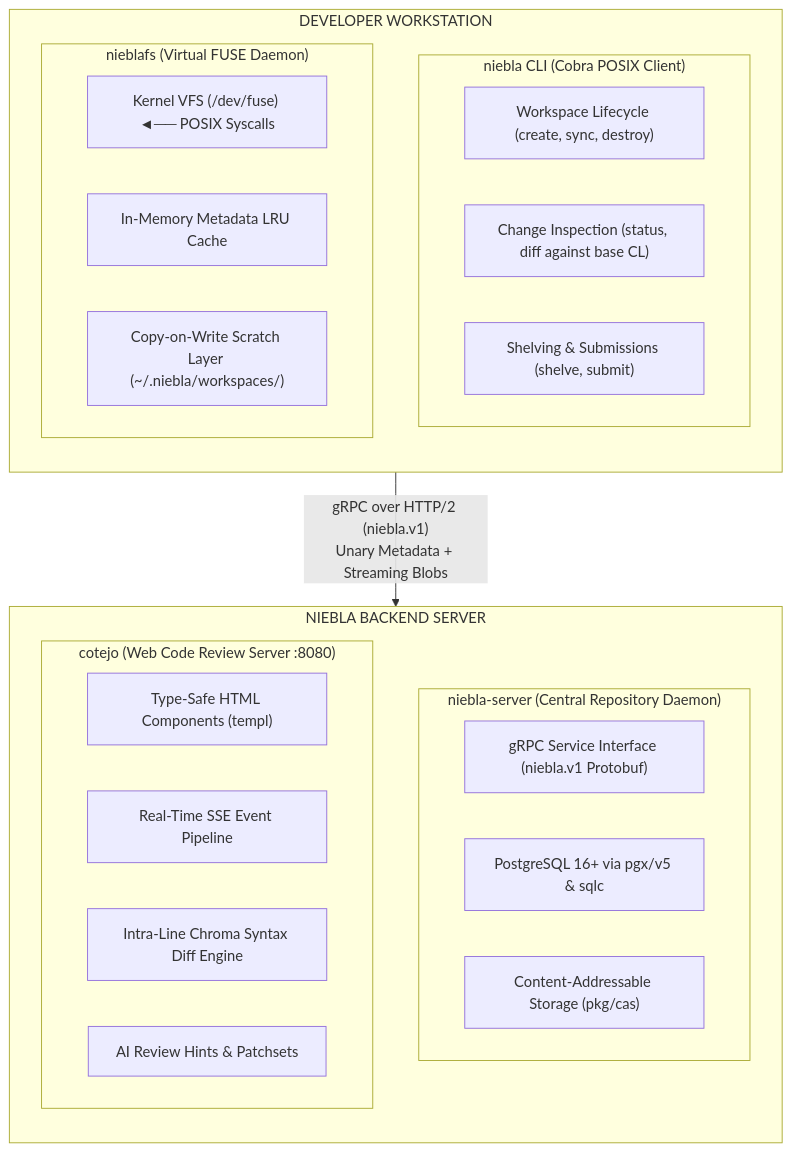
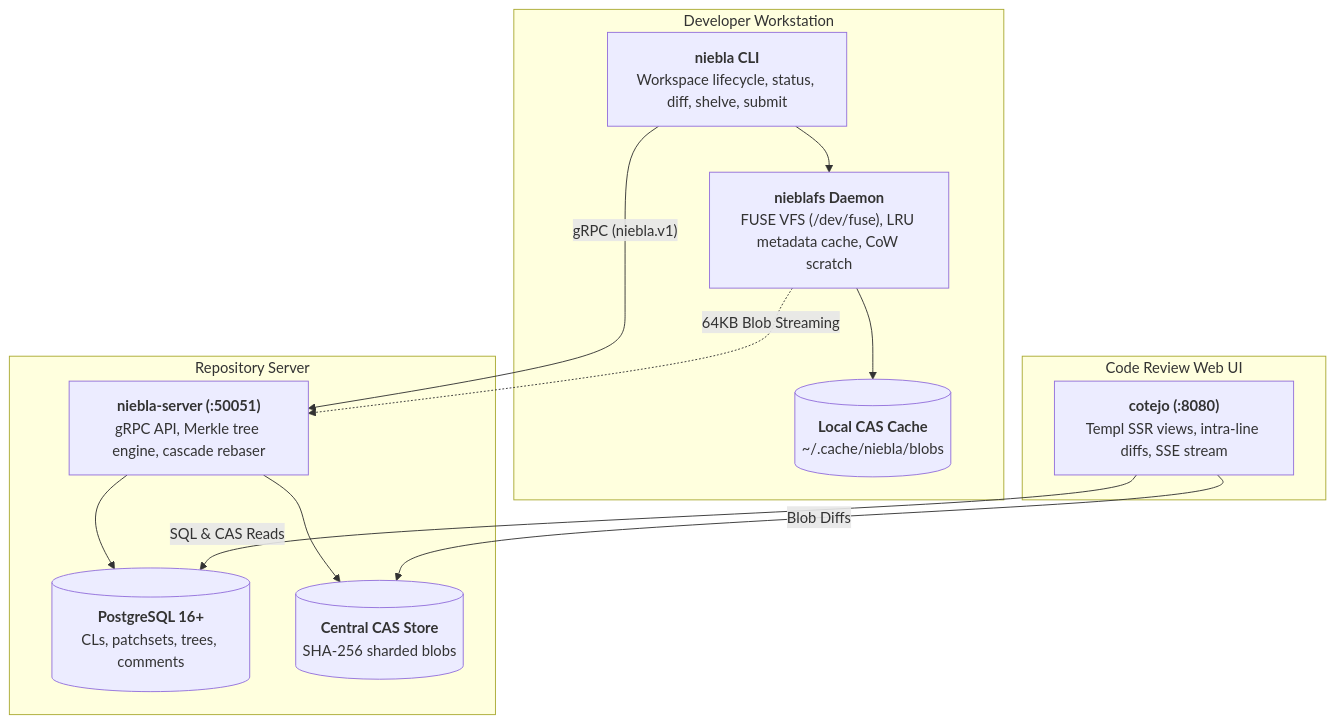
Before and after one commit to mrtnzjsh/niebla: the diagram in docs-site/src/content/docs/architecture/tech-stack.md, drawn with Mermaid. The commit also changed other lines of this file and 40 other files, not shown here.

````diff
--- a/docs-site/src/content/docs/architecture/tech-stack.md
+++ b/docs-site/src/content/docs/architecture/tech-stack.md
@@ -16,35 +14,29 @@
 ```mermaid
 flowchart TD
-    subgraph Client["DEVELOPER WORKSTATION"]
-        direction TB
-        subgraph CLI["niebla CLI (Cobra POSIX Client)"]
-            C1["Workspace Lifecycle (create, sync, destroy)"]
-            C2["Change Inspection (status, diff against base CL)"]
-            C3["Shelving & Submissions (shelve, submit)"]
-        end
+    subgraph Client["Developer Workstation"]
+        CLI["<b>niebla CLI</b><br/>Workspace lifecycle, status, diff, shelve, submit"]
+        FUSE["<b>nieblafs Daemon</b><br/>FUSE VFS (/dev/fuse), LRU metadata cache, CoW scratch"]
+        CASLocal[("<b>Local CAS Cache</b><br/>~/.cache/niebla/blobs")]
 
-        subgraph FUSE["nieblafs (Virtual FUSE Daemon)"]
-            F1["Kernel VFS (/dev/fuse) ◄── POSIX Syscalls"]
-            F2["In-Memory Metadata LRU Cache"]
-            F3["Copy-on-Write Scratch Layer (~/.niebla/workspaces/)"]
-        end
+        CLI --> FUSE
+        FUSE --> CASLocal
     end
 
-    subgraph Server["NIEBLA BACKEND SERVER"]
-        direction TB
-        subgraph NS["niebla-server (Central Repository Daemon)"]
-            S1["gRPC Service Interface (niebla.v1 Protobuf)"]
-            S2["PostgreSQL 16+ via pgx/v5 & sqlc"]
-            S3["Content-Addressable Storage (pkg/cas)"]
-        end
+    subgraph Server["Repository Server"]
+        NS["<b>niebla-server (:50051)</b><br/>gRPC API, Merkle tree engine, cascade rebaser"]
+        PG[("<b>PostgreSQL 16+</b><br/>CLs, patchsets, trees, comments")]
+        CASRemote[("<b>Central CAS Store</b><br/>SHA-256 sharded blobs")]
 
-        subgraph Cotejo["cotejo (Web Code Review Server :8080)"]
-            W1["Type-Safe HTML Components (templ)"]
-            W2["Real-Time SSE Event Pipeline"]
-            W3["Intra-Line Chroma Syntax Diff Engine"]
-            W4["AI Review Hints & Patchsets"]
-        end
+        NS --> PG
+        NS --> CASRemote
     end
 
-    Client -->|"gRPC over HTTP/2 (niebla.v1)<br/>Unary Metadata + Streaming Blobs"| Server
+    subgraph Review["Code Review Web UI"]
+        Cotejo["<b>cotejo (:8080)</b><br/>Templ SSR views, intra-line diffs, SSE stream"]
+    end
+
+    CLI -->|"gRPC (niebla.v1)"| NS
+    FUSE -.->|"64KB Blob Streaming"| NS
+    Cotejo -->|"SQL &amp; CAS Reads"| PG
+    Cotejo -->|"Blob Diffs"| CASRemote
 ```
````
